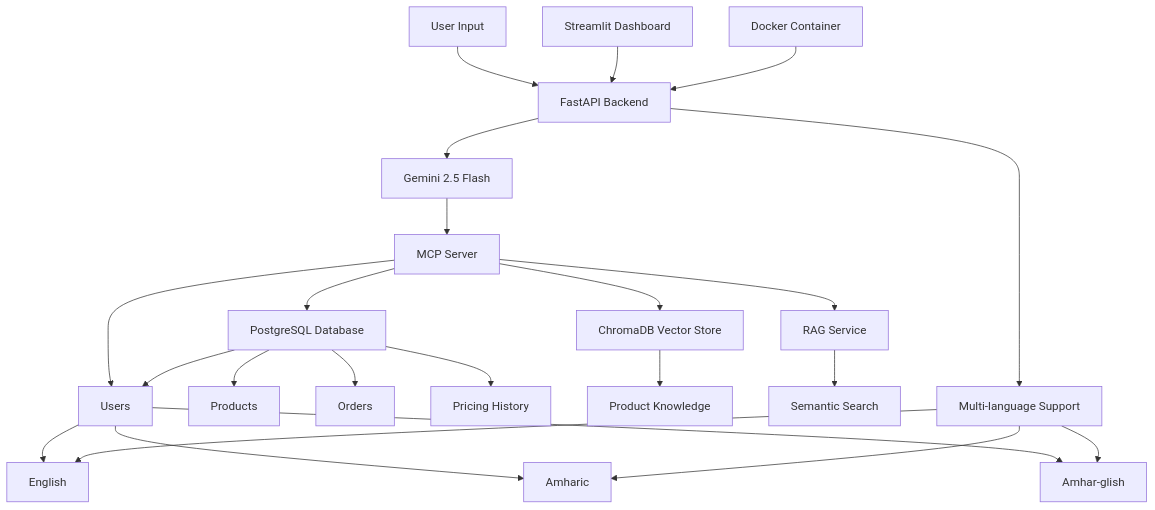
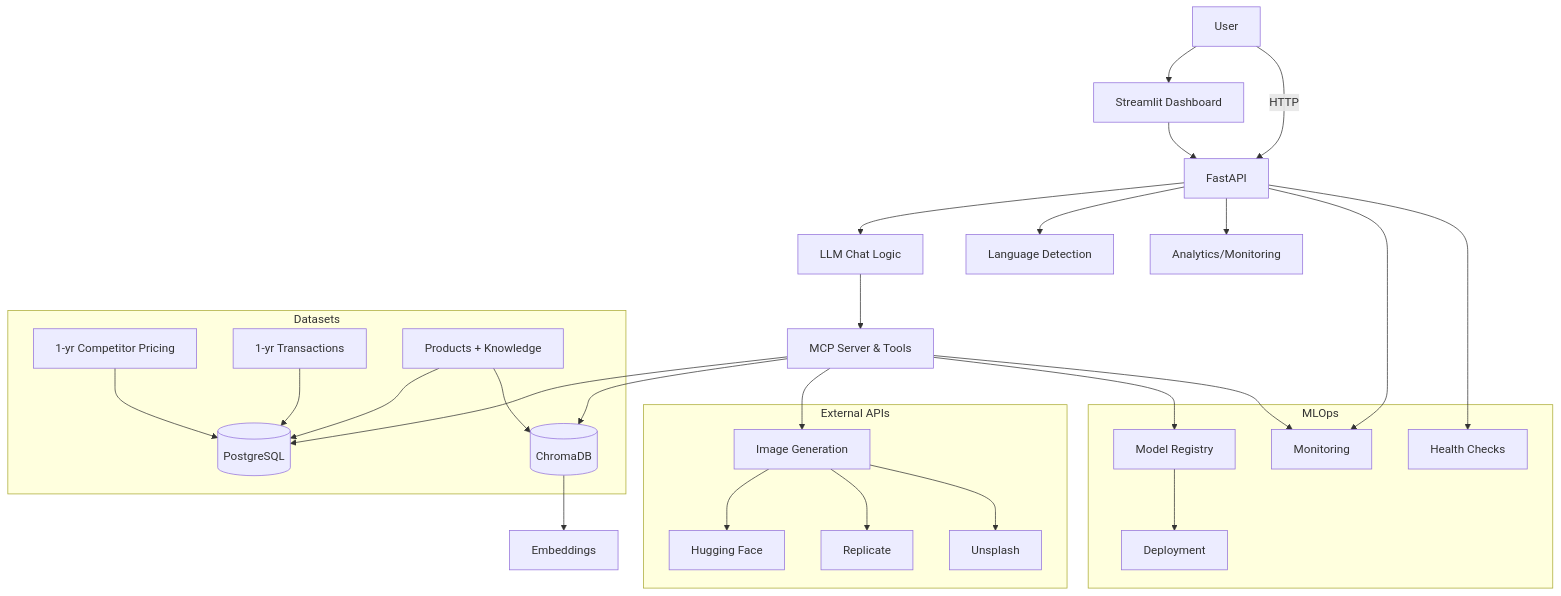
The diagram in README.md (Getachew0557/kcartbot), drawn with Mermaid before and after one commit. The commit also changed other lines of this file and 1 other file, not shown here.

````diff
--- a/README.md
+++ b/README.md
@@ -7,30 +7,39 @@
 ```mermaid
 graph TB
-    A[User Input] --> B[FastAPI Backend]
-    B --> C[Gemini 2.5 Flash]
-    C --> D[MCP Server]
-    D --> E[PostgreSQL Database]
-    D --> F[ChromaDB Vector Store]
-    D --> G[RAG Service]
-    D --> H[Image Generation Service]
-    
-    E --> H[Users]
-    E --> I[Products]
-    E --> J[Orders]
-    E --> K[Pricing History]
-    
-    F --> L[Product Knowledge]
-    G --> M[Semantic Search]
+    U[User] --> S[Streamlit Dashboard]
+    U -->|HTTP| A[FastAPI]
+    S --> A
+    A --> L[LLM Chat Logic]
+    L --> T[MCP Server & Tools]
+    T --> R[(PostgreSQL)]
+    T --> V[(ChromaDB)]
+    T --> G[Image Generation]
+    V --> Q[Embeddings]
+    A --> I[Language Detection]
+    A --> D[Analytics/Monitoring]
 
-    H --> O[Hugging Face API]
-    H --> P[Unsplash API]
-    H --> Q[Replicate API]
-    
-    B --> N[Multi-language Support]
-    N --> O[English]
-    N --> P[Amharic]
-    N --> Q[Amhar-glish]
+    subgraph External APIs
+      G --> H1[Hugging Face]
+      G --> H2[Replicate]
+      G --> H3[Unsplash]
+    end
 
-    V[Streamlit Dashboard] --> B
-    W[Docker Container] --> B
+    subgraph Datasets
+      X1[1-yr Competitor Pricing] --> R
+      X2[1-yr Transactions] --> R
+      X3[Products + Knowledge] --> R & V
+    end
+
+    subgraph MLOps
+      MR[Model Registry]
+      DEP[Deployment]
+      MON[Monitoring]
+      HC[Health Checks]
+    end
+
+    T --> MR
+    MR --> DEP
+    A --> MON
+    T --> MON
+    A --> HC
 ```
````
